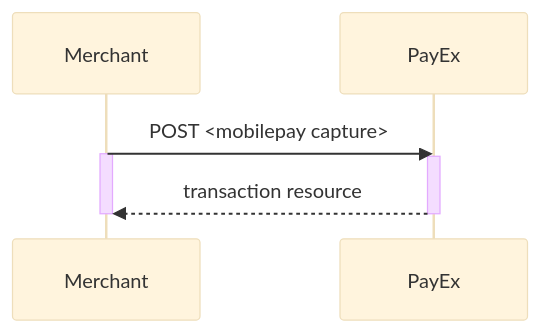
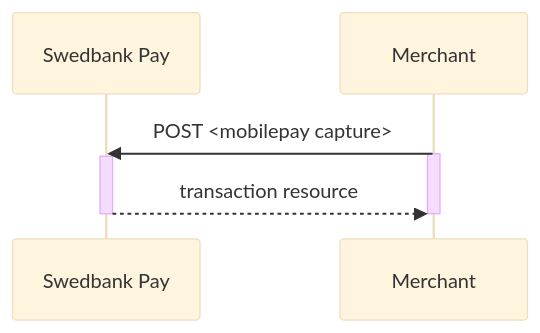
One commit to SwedbankPay/developer.swedbankpay.com changed the first of 3 diagrams in payments/mobile-pay/other-features.md. Above: the diagram before and after it, drawn with Mermaid (base theme). The commit also changed other lines of this file and 8 other files, not shown here.

Commit message:
DX-1089: Replace PayEx with Swedbank Pay

````diff
--- a/payments/mobile-pay/other-features.md
+++ b/payments/mobile-pay/other-features.md
@@ -428,9 +428,11 @@
 ```mermaid
 sequenceDiagram
-  Merchant->>PayEx: POST <mobilepay capture>
-  Activate Merchant
-  Activate PayEx
-  PayEx-->>Merchant: transaction resource
-  Deactivate PayEx
-  Deactivate Merchant
+  participant SwedbankPay as Swedbank Pay
+
+  Merchant->>SwedbankPay: POST <mobilepay capture>
+  activate Merchant
+  activate SwedbankPay
+  SwedbankPay-->>Merchant: transaction resource
+  deactivate SwedbankPay
+  deactivate Merchant
 ```
````
